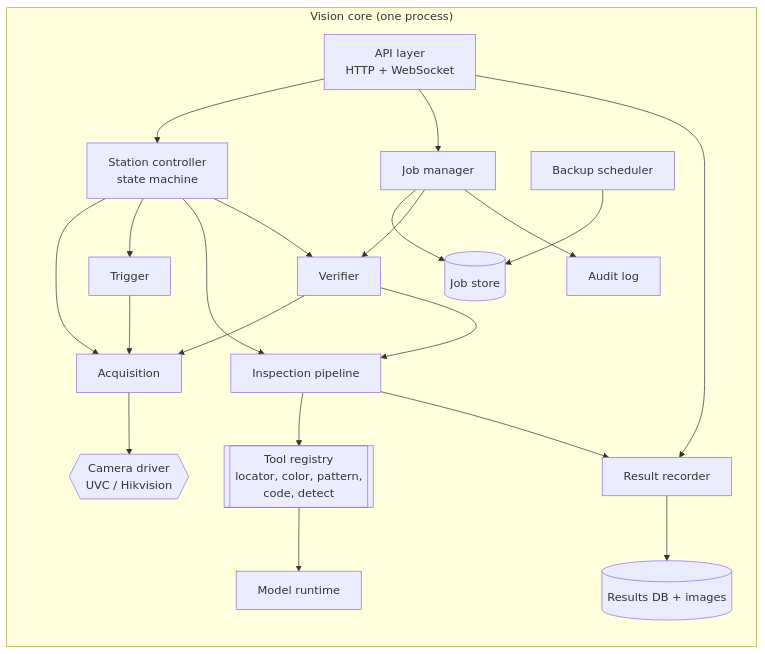
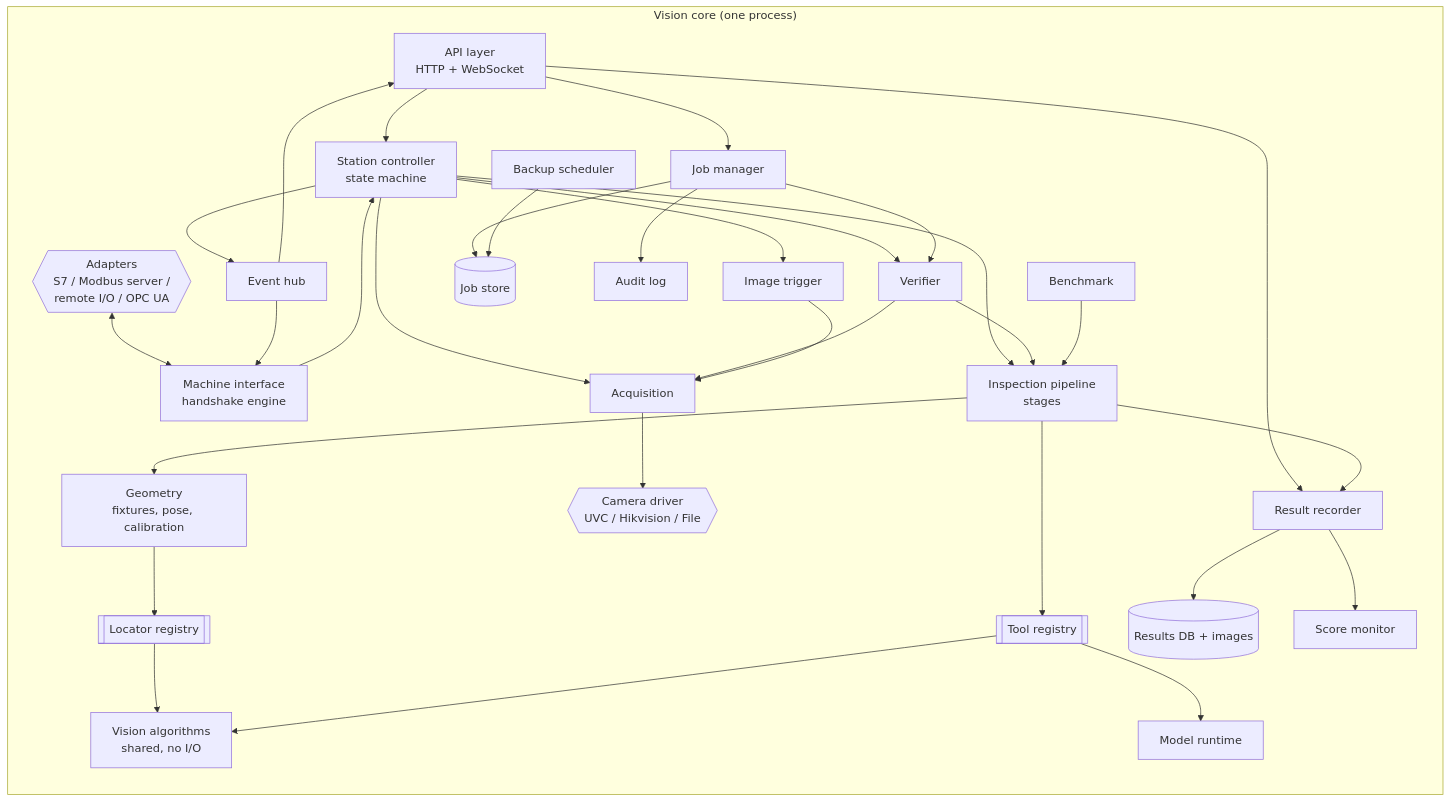
One commit to LucasSiedschlag/vision-station changed the second of 7 diagrams in docs/architecture.md. Above: the diagram before and after it, drawn with Mermaid. The commit also changed other lines of this file and 9 other files, not shown here.

Commit message:
docs: plan the robust core, machine interface and interface 0.3 in two languages

````diff
--- a/docs/architecture.md
+++ b/docs/architecture.md
@@ -62,40 +73,59 @@
 ```mermaid
 flowchart TB
     subgraph core["Vision core (one process)"]
         direction TB
         API[API layer<br/>HTTP + WebSocket]
+        MI[Machine interface<br/>handshake engine]
+        ADP{{Adapters<br/>S7 / Modbus server /<br/>remote I/O / OPC UA}}
         SM[Station controller<br/>state machine]
+        HUB[Event hub]
         JM[Job manager]
         JS[(Job store)]
         VER[Verifier]
         ACQ[Acquisition]
-        DRV{{Camera driver<br/>UVC / Hikvision}}
-        TRG[Trigger]
-        PIPE[Inspection pipeline]
-        CHK[[Tool registry<br/>locator, color, pattern,<br/>code, detect]]
+        DRV{{Camera driver<br/>UVC / Hikvision / File}}
+        TRG[Image trigger]
+        PIPE[Inspection pipeline<br/>stages]
+        GEO[Geometry<br/>fixtures, pose, calibration]
+        LOC[[Locator registry]]
+        CHK[[Tool registry]]
+        ALG[Vision algorithms<br/>shared, no I/O]
         INF[Model runtime]
         RES[Result recorder]
+        MON[Score monitor]
         RDB[(Results DB + images)]
         BKP[Backup scheduler]
         AUD[Audit log]
+        BEN[Benchmark]
     end
     API --> SM
+    MI --> SM
+    ADP <--> MI
+    SM --> HUB
+    HUB --> API
+    HUB --> MI
     API --> JM
     API --> RES
     SM --> ACQ
     SM --> TRG
     SM --> PIPE
     SM --> VER
     JM --> JS
     JM --> VER
     JM --> AUD
     VER --> ACQ
     VER --> PIPE
     ACQ --> DRV
     TRG --> ACQ
+    PIPE --> GEO
+    GEO --> LOC
     PIPE --> CHK
+    LOC --> ALG
+    CHK --> ALG
     CHK --> INF
     PIPE --> RES
     RES --> RDB
+    RES --> MON
     BKP --> JS
+    BEN --> PIPE
 ```
````
